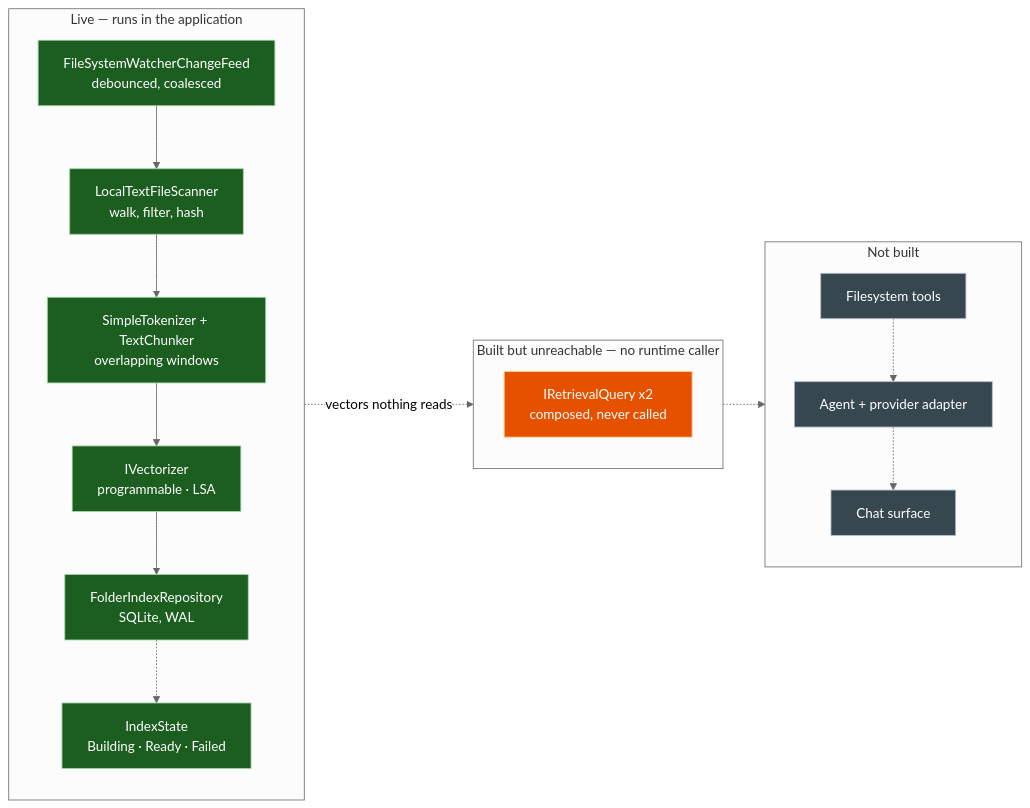
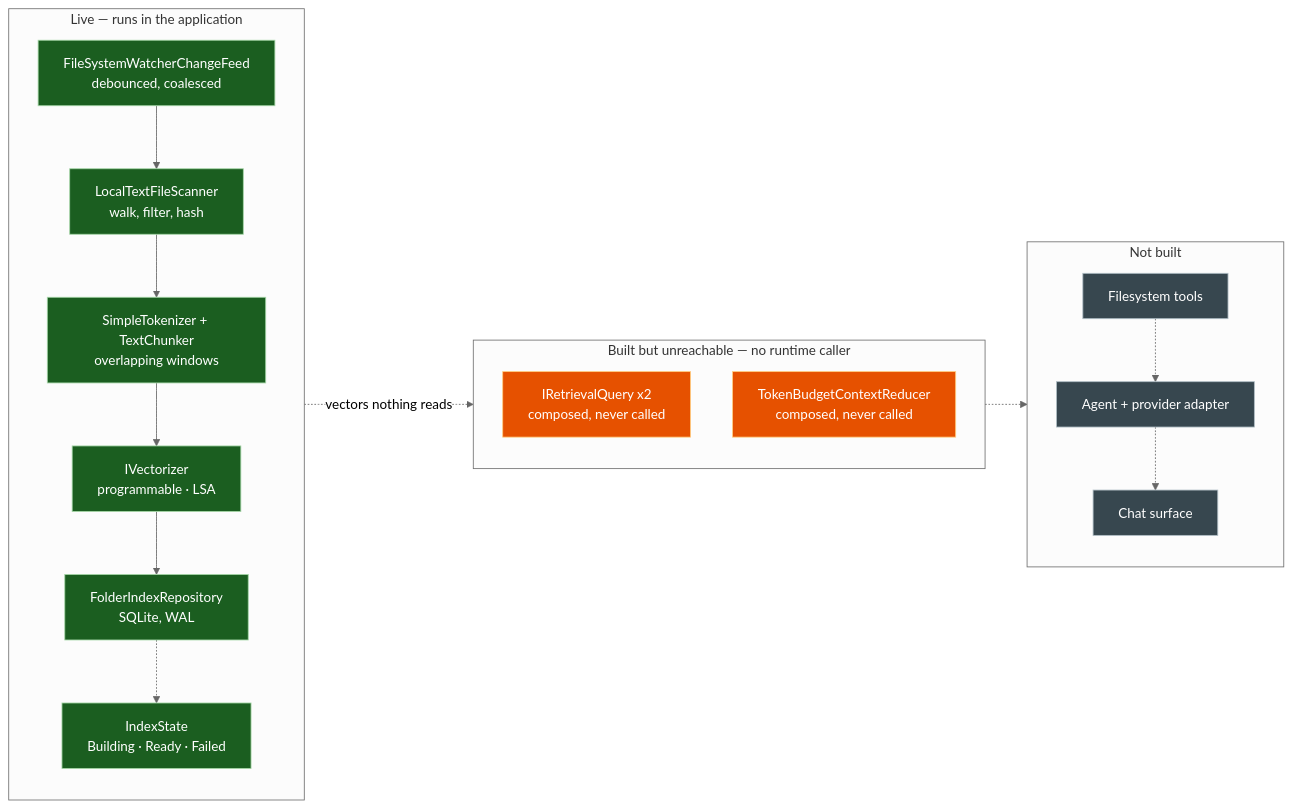
One commit to Gazizova-Olga/Folder_Assistant-local_semantic_search changed the diagram in docs/diagrams/implementation-status.md. Above: the diagram before and after it, drawn with Mermaid (neutral theme). The commit also changed other lines of this file and 5 other files, not shown here.

````diff
--- a/docs/diagrams/implementation-status.md
+++ b/docs/diagrams/implementation-status.md
@@ -10,38 +10,39 @@
 ```mermaid
 flowchart LR
     subgraph live["Live — runs in the application"]
         direction TB
         scan["LocalTextFileScanner<br/>walk, filter, hash"]
         chunk["SimpleTokenizer + TextChunker<br/>overlapping windows"]
         embed["IVectorizer<br/>programmable · LSA"]
         store["FolderIndexRepository<br/>SQLite, WAL"]
         watch["FileSystemWatcherChangeFeed<br/>debounced, coalesced"]
         state["IndexState<br/>Building · Ready · Failed"]
     end
 
     subgraph built["Built but unreachable — no runtime caller"]
         direction TB
         query["IRetrievalQuery x2<br/>composed, never called"]
+        reducer["TokenBudgetContextReducer<br/>composed, never called"]
     end
 
     subgraph notbuilt["Not built"]
         direction TB
         tools["Filesystem tools"]
         agent["Agent + provider adapter"]
         chatui["Chat surface"]
     end
 
     scan --> chunk --> embed --> store
     watch --> scan
     store -.-> state
     store -.->|"vectors nothing reads"| query
     query -.-> tools -.-> agent -.-> chatui
 
     classDef liveCls fill:#1b5e20,stroke:#a5d6a7,color:#ffffff
     classDef builtCls fill:#e65100,stroke:#ffcc80,color:#ffffff
     classDef gapCls fill:#37474f,stroke:#b0bec5,color:#ffffff
 
     class scan,chunk,embed,store,watch,state liveCls
-    class query builtCls
+    class query,reducer builtCls
     class tools,agent,chatui gapCls
 ```
````
